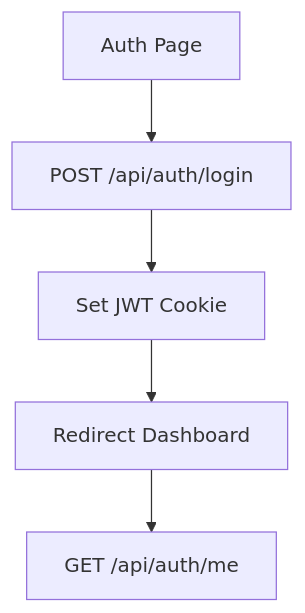
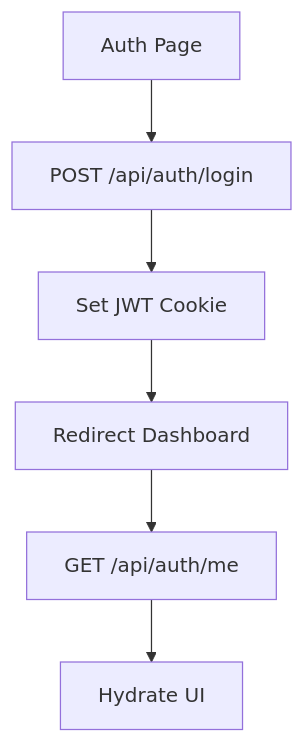
The first of 5 diagrams in docs/UX.md (bharatbhusal/track-my-biryani), drawn with Mermaid before and after one commit. The commit also changed other lines of this file and 53 other files, not shown here.

````diff
--- a/docs/UX.md
+++ b/docs/UX.md
@@ -22,7 +62,8 @@
 ```mermaid
 flowchart TD
-A[Auth Page] --> B[POST /api/auth/login]
-B --> C[Set JWT Cookie]
-C --> D[Redirect Dashboard]
-D --> E[GET /api/auth/me]
+  A[Auth Page] --> B[POST /api/auth/login]
+  B --> C[Set JWT Cookie]
+  C --> D[Redirect Dashboard]
+  D --> E[GET /api/auth/me]
+  E --> F[Hydrate UI]
 ```
````
